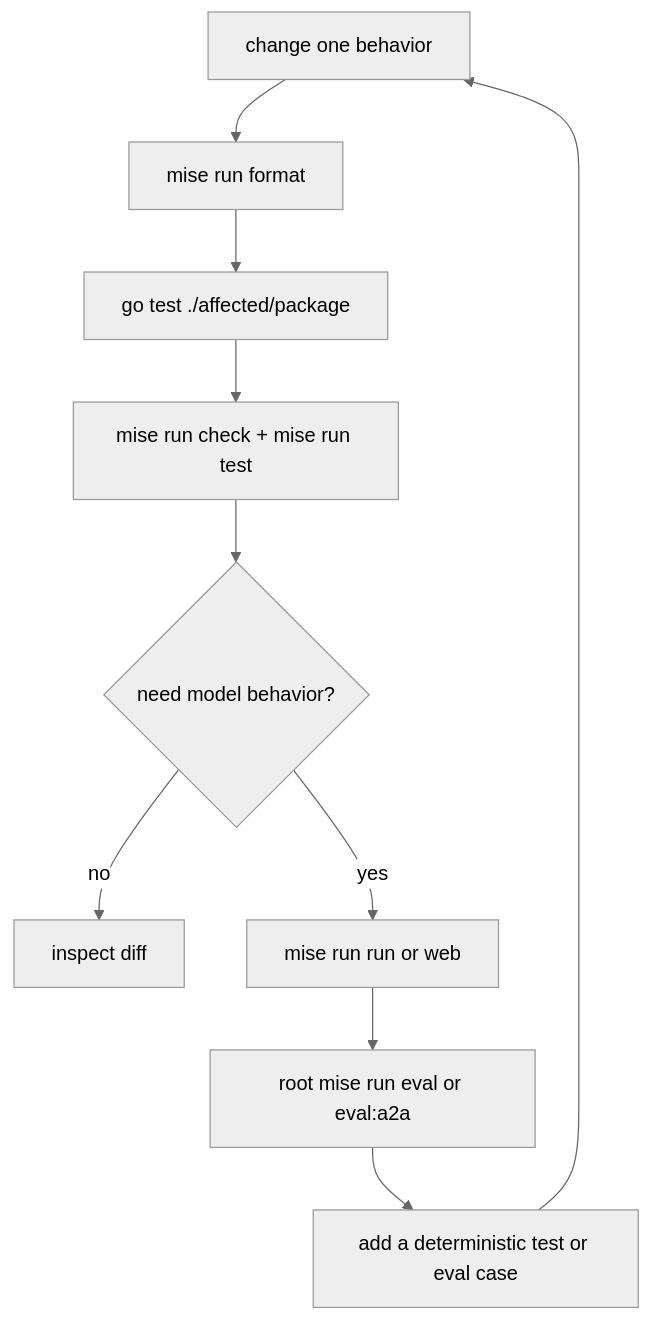
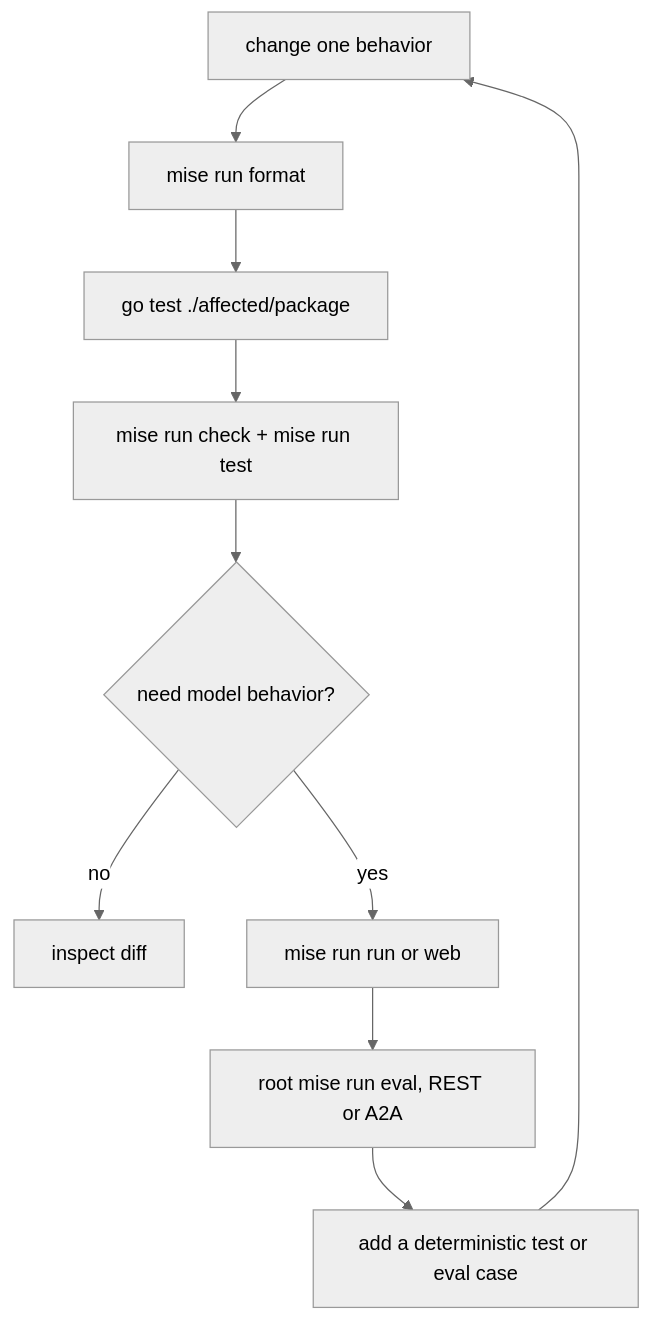
The diagram in content/2. Agents/2.5. Dev Loop.md (LuiGGi629/agentops-open-course), drawn with Mermaid (neutral theme) before and after one commit. The commit also changed other lines of this file and 30 other files, not shown here.

````diff
--- a/content/2. Agents/2.5. Dev Loop.md
+++ b/content/2. Agents/2.5. Dev Loop.md
@@ -23,12 +23,12 @@
 ```mermaid
 flowchart TD
     Change["change one behavior"] --> Format["mise run format"]
     Format --> Focused["go test ./affected/package"]
     Focused --> Offline["mise run check + mise run test"]
     Offline --> Need{"need model behavior?"}
     Need -->|no| Done["inspect diff"]
     Need -->|yes| Probe["mise run run or web"]
-    Probe --> Eval["root mise run eval or eval:a2a"]
+    Probe --> Eval["root mise run eval, REST or A2A"]
     Eval --> Case["add a deterministic test or eval case"]
     Case --> Change
 ```
````
